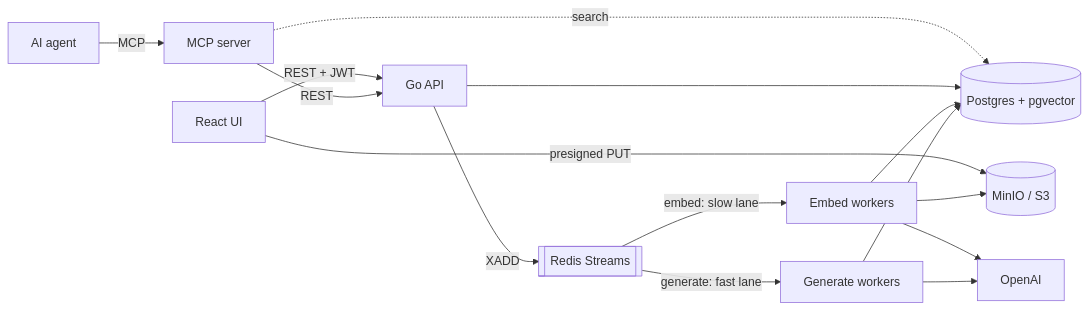
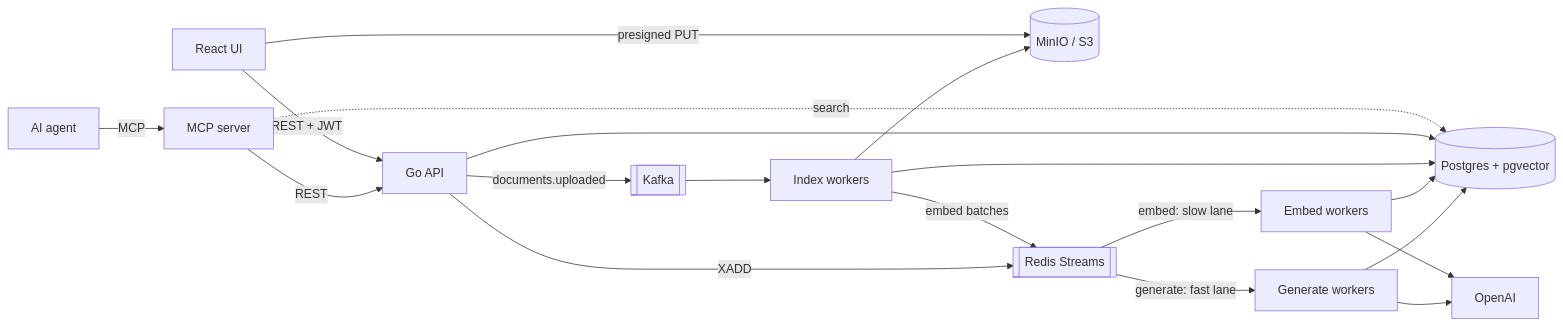
The diagram in README.md (MahdiAlani/Agentic_RFP), drawn with Mermaid before and after one commit. The commit also changed other lines of this file and 1 other file, not shown here.

Commit message:
Document the Kafka to Redis indexing pipeline

````diff
--- a/README.md
+++ b/README.md
@@ -68,16 +68,18 @@
 ```mermaid
 flowchart LR
     UI[React UI] -->|REST + JWT| API[Go API]
     Agent[AI agent] -->|MCP| MCP[MCP server]
     MCP -->|REST| API
     MCP -.->|search| PG
     UI -->|presigned PUT| S3[(MinIO / S3)]
     API --> PG[(Postgres + pgvector)]
-    API -->|XADD| R[[Redis Streams]]
+    API -->|documents.uploaded| K[[Kafka]]
+    K --> W0[Index workers]
+    W0 -->|embed batches| R[[Redis Streams]]
+    API -->|XADD| R
     R -->|embed: slow lane| W1[Embed workers]
     R -->|generate: fast lane| W2[Generate workers]
-    W1 --> S3
-    W1 --> PG
-    W2 --> PG
+    W0 --> S3
+    W0 & W1 & W2 --> PG
     W1 & W2 --> OAI[OpenAI]
 ```
````
